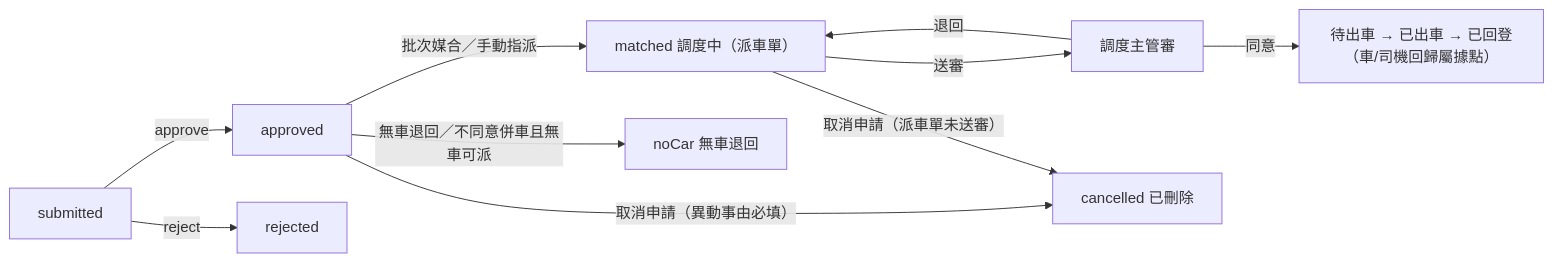
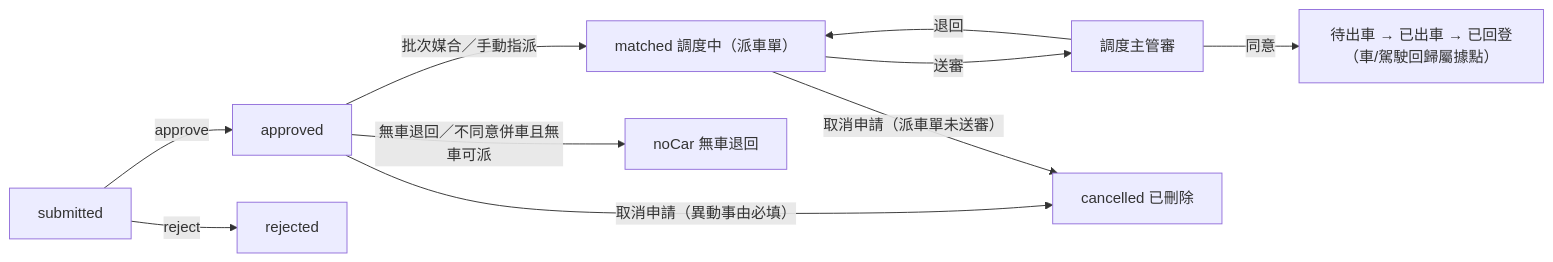
The fifth of 6 diagrams in docs/LOGIC.md (khcheng77/car-transport), drawn with Mermaid before and after one commit. The commit also changed other lines of this file and 20 other files, not shown here.

````diff
--- a/docs/LOGIC.md
+++ b/docs/LOGIC.md
@@ -425,12 +426,12 @@
 ```mermaid
 flowchart LR
   c1["submitted"] -->|approve| c2["approved"]
   c1 -->|reject| cr["rejected"]
   c2 -->|批次媒合／手動指派| c3["matched 調度中（派車單）"]
   c2 -->|無車退回／不同意併車且無車可派| cn["noCar 無車退回"]
   c3 -->|送審| c4["調度主管審"]
   c2 -->|取消申請（異動事由必填）| cx["cancelled 已刪除"]
   c3 -->|取消申請（派車單未送審）| cx
-  c4 -->|同意| c5["待出車 → 已出車 → 已回登（車/司機回歸屬據點）"]
+  c4 -->|同意| c5["待出車 → 已出車 → 已回登（車/駕駛回歸屬據點）"]
   c4 -->|退回| c3
 ```
````
